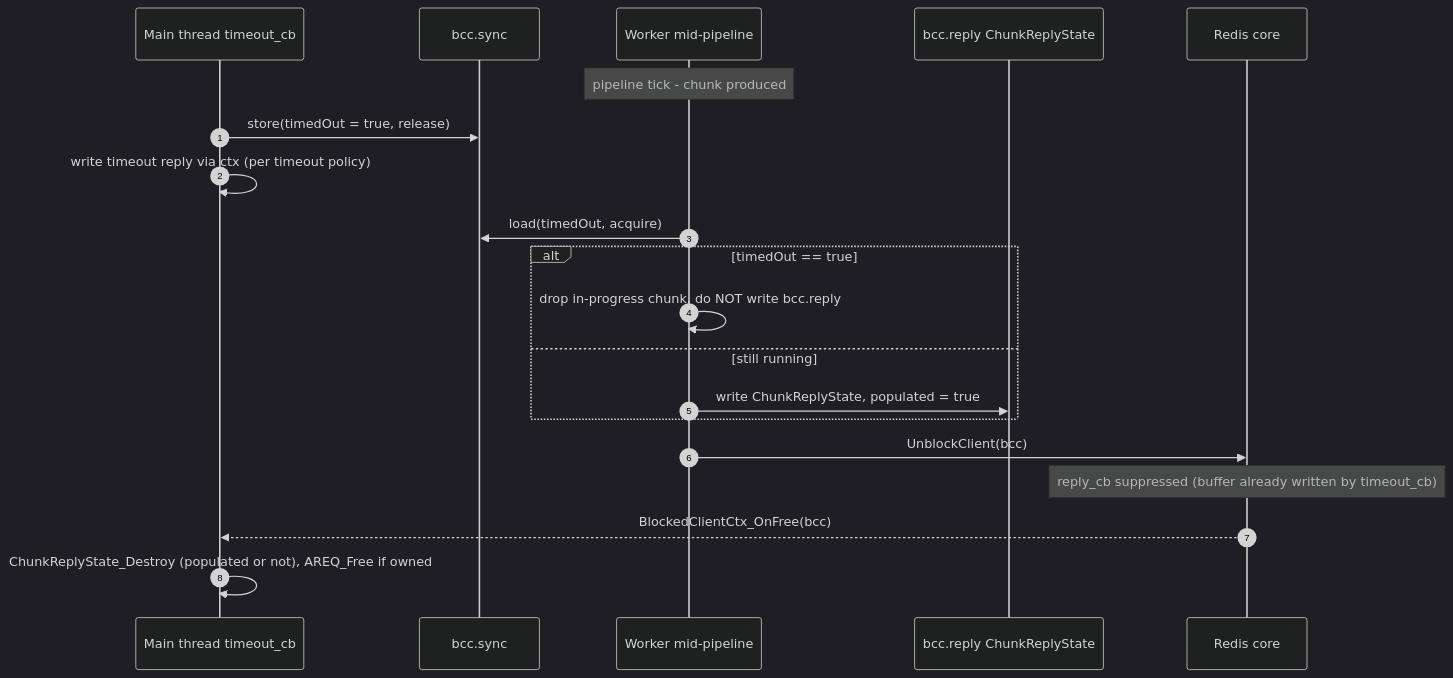
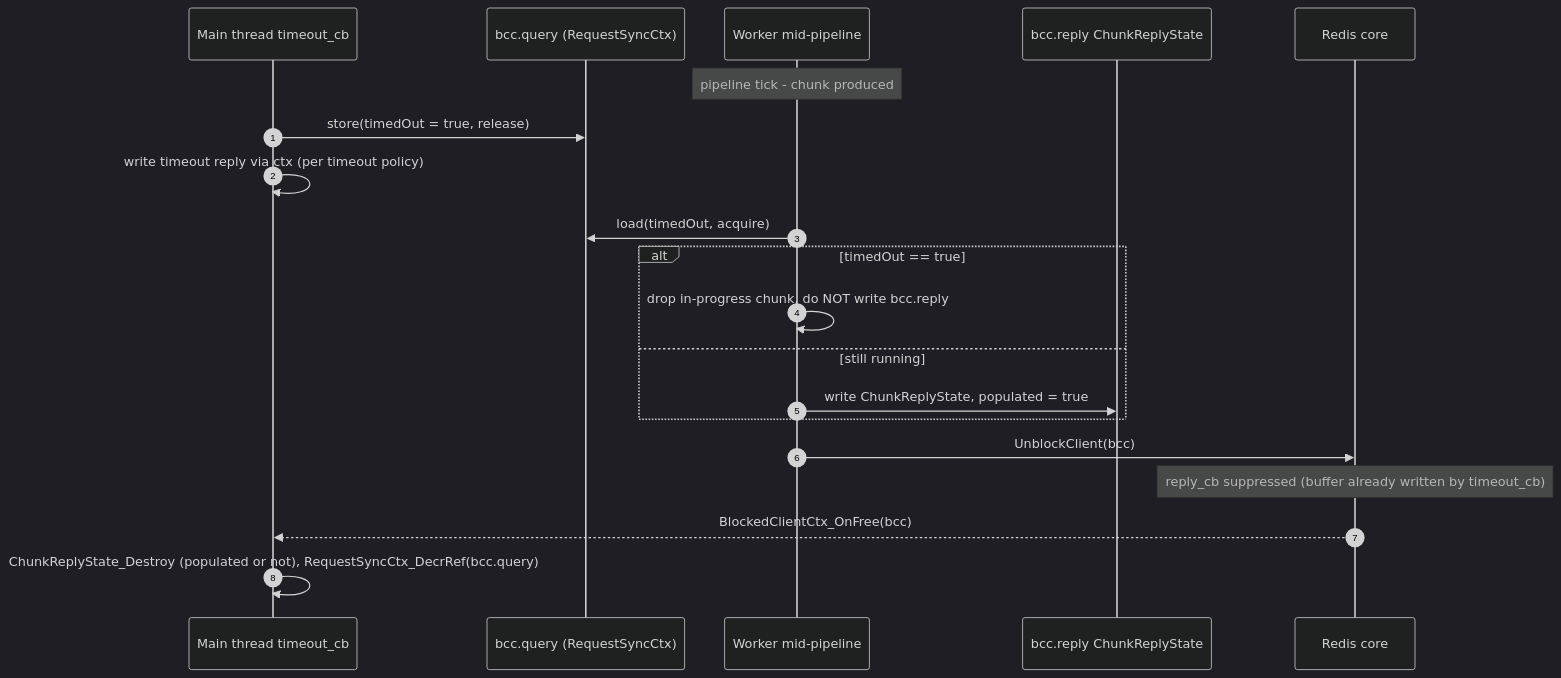
The fifth of 5 diagrams in docs/design/blocked_client_refactor.md (RediSearch/RediSearch), drawn with Mermaid (dark theme) before and after one commit. The commit also changed other lines of this file, not shown here.

Commit message:
Refactor ownership model in BlockedClientCtx and introduce RequestSyncCtx wrapper for unified refcounting. Enhance clarity on role responsibilities and streamline cross-thread interactions.

````diff
--- a/docs/design/blocked_client_refactor.md
+++ b/docs/design/blocked_client_refactor.md
@@ -509,23 +555,23 @@
 ```mermaid
 sequenceDiagram
   autonumber
   participant Main as Main thread timeout_cb
-  participant Sync as bcc.sync
+  participant Sync as bcc.query (RequestSyncCtx)
   participant Worker as Worker mid-pipeline
   participant Reply as bcc.reply ChunkReplyState
   participant Redis as Redis core
 
   Note over Worker: pipeline tick - chunk produced
   Main->>Sync: store(timedOut = true, release)
   Main->>Main: write timeout reply via ctx (per timeout policy)
   Worker->>Sync: load(timedOut, acquire)
   alt timedOut == true
     Worker->>Worker: drop in-progress chunk, do NOT write bcc.reply
   else still running
     Worker->>Reply: write ChunkReplyState, populated = true
   end
   Worker->>Redis: UnblockClient(bcc)
   Note over Redis: reply_cb suppressed (buffer already written by timeout_cb)
   Redis-->>Main: BlockedClientCtx_OnFree(bcc)
-  Main->>Main: ChunkReplyState_Destroy (populated or not), AREQ_Free if owned
+  Main->>Main: ChunkReplyState_Destroy (populated or not), RequestSyncCtx_DecrRef(bcc.query)
 ```
````
